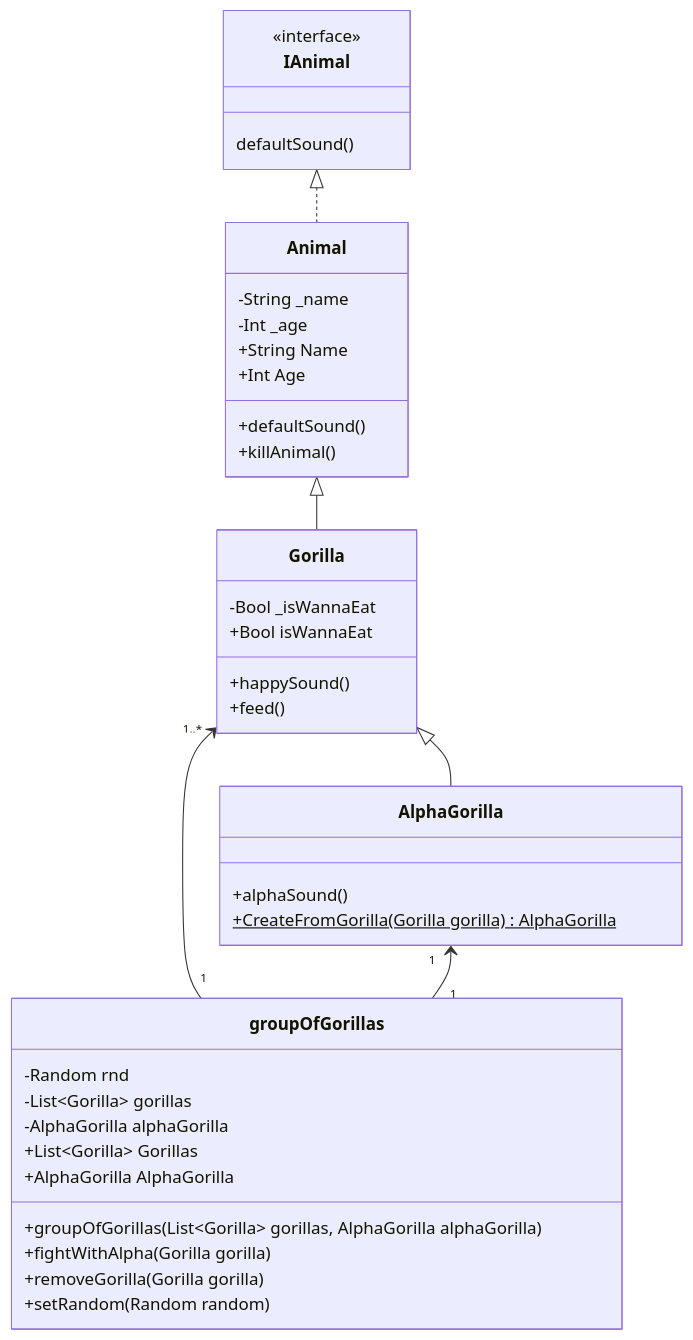
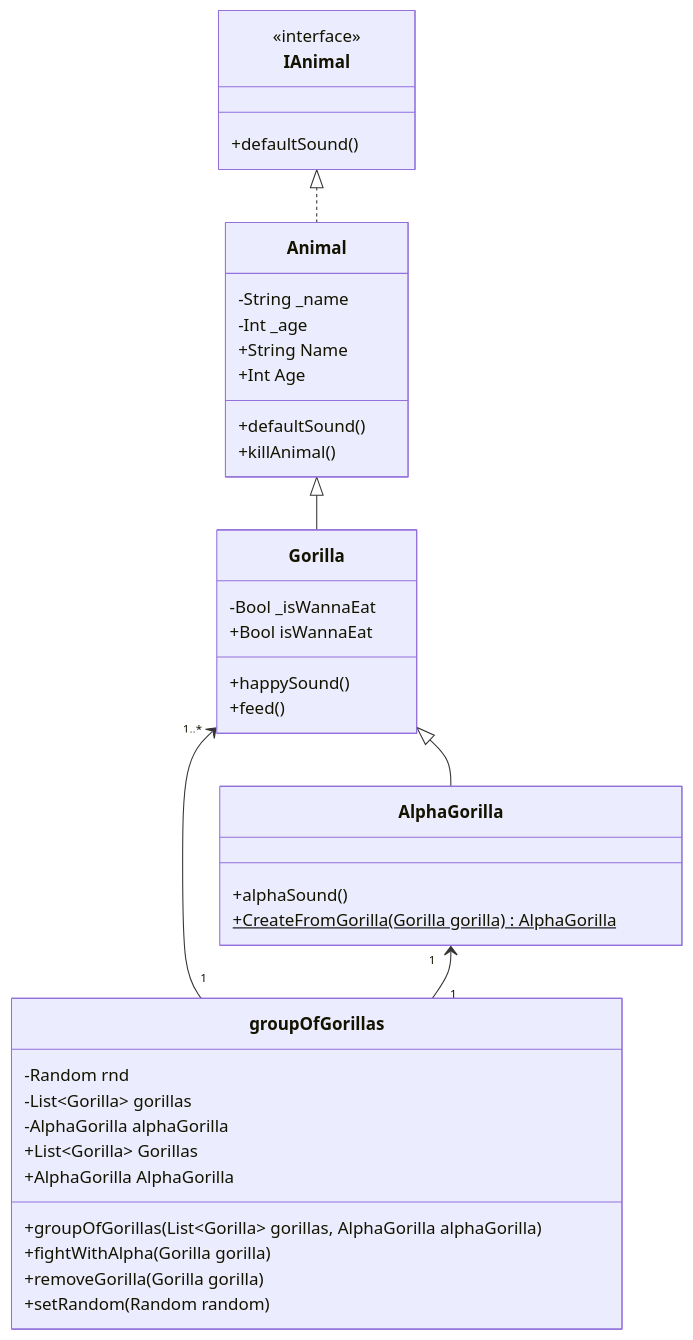
One commit to aaanswer/NUnitTest changed the diagram in README.md. Above: the diagram before and after it, drawn with Mermaid. The commit also changed other lines of this file, not shown here.

````diff
--- a/README.md
+++ b/README.md
@@ -1,47 +1,47 @@
 ```mermaid
 classDiagram
     class IAnimal {
         <<interface>>
-        defaultSound()
+        +defaultSound()
     }
     
     class Animal {
         -String _name
         -Int _age
         +String Name
         +Int Age
         +defaultSound()
         +killAnimal()
     }
     
     class Gorilla {
         -Bool _isWannaEat
         +Bool isWannaEat
         +happySound()
         +feed()
 
     }
     
     class AlphaGorilla {
         +alphaSound()
         +CreateFromGorilla(Gorilla gorilla)AlphaGorilla$
     }
     
     class groupOfGorillas {
         -Random rnd
         -List~Gorilla~ gorillas
         -AlphaGorilla alphaGorilla
         +List~Gorilla~ Gorillas
         +AlphaGorilla AlphaGorilla
         +groupOfGorillas(List~Gorilla~ gorillas, AlphaGorilla alphaGorilla)
         +fightWithAlpha(Gorilla gorilla)
         +removeGorilla(Gorilla gorilla)
         +setRandom(Random random)
     }
     
     IAnimal <|.. Animal
     Animal <|-- Gorilla
     Gorilla <|-- AlphaGorilla
     Gorilla "1..*" <-- "1" groupOfGorillas
     AlphaGorilla "1" <-- "1" groupOfGorillas
 ```
````
